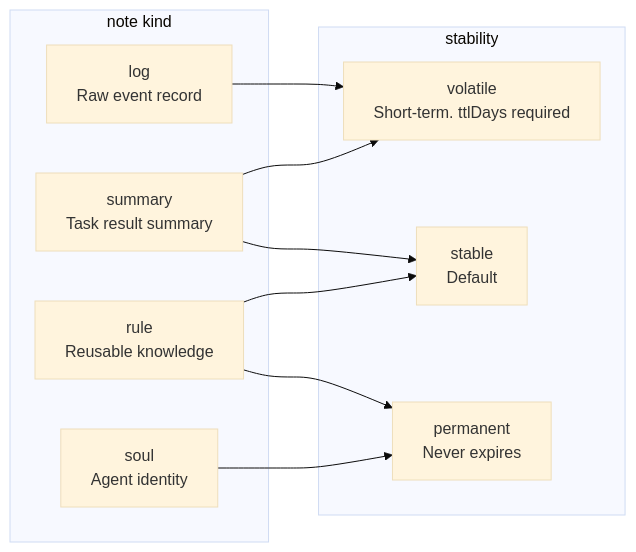
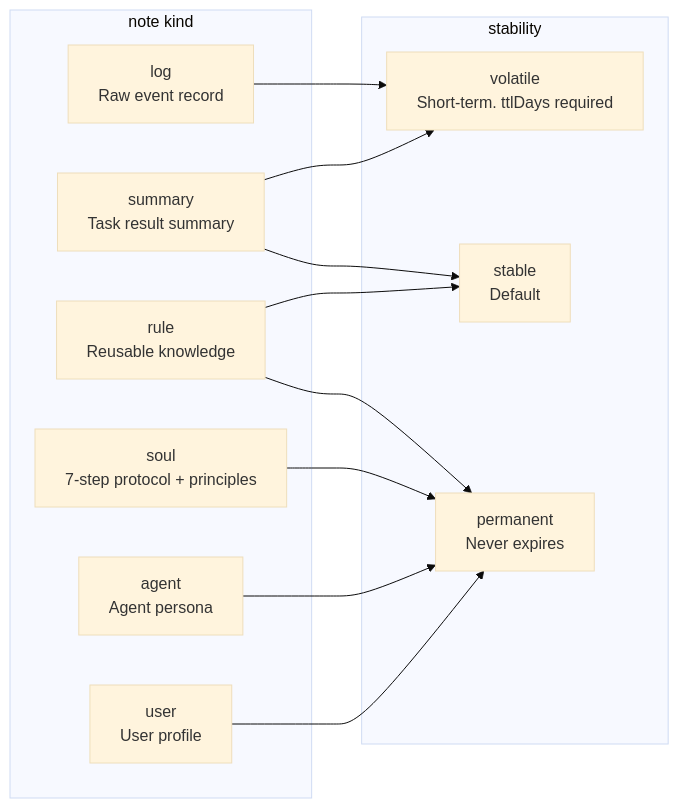
One commit to nalbam/luminary changed the first of 3 diagrams in docs/architecture/memory-system.md. Above: the diagram before and after it, drawn with Mermaid (base theme). The commit also changed other lines of this file and 5 other files, not shown here.

````diff
--- a/docs/architecture/memory-system.md
+++ b/docs/architecture/memory-system.md
@@ -9,22 +9,26 @@
 ```mermaid
 graph LR
     subgraph kinds["note kind"]
         LOG[log\nRaw event record]
         SUMMARY[summary\nTask result summary]
         RULE[rule\nReusable knowledge]
-        SOUL[soul\nAgent identity]
+        SOUL[soul\n7-step protocol + principles]
+        AGENT[agent\nAgent persona]
+        USER[user\nUser profile]
     end
 
     subgraph stability["stability"]
         V[volatile\nShort-term. ttlDays required]
         S[stable\nDefault]
         P[permanent\nNever expires]
     end
 
     LOG --> V
     SUMMARY --> V
     SUMMARY --> S
     RULE --> S
     RULE --> P
     SOUL --> P
+    AGENT --> P
+    USER --> P
 ```
````
